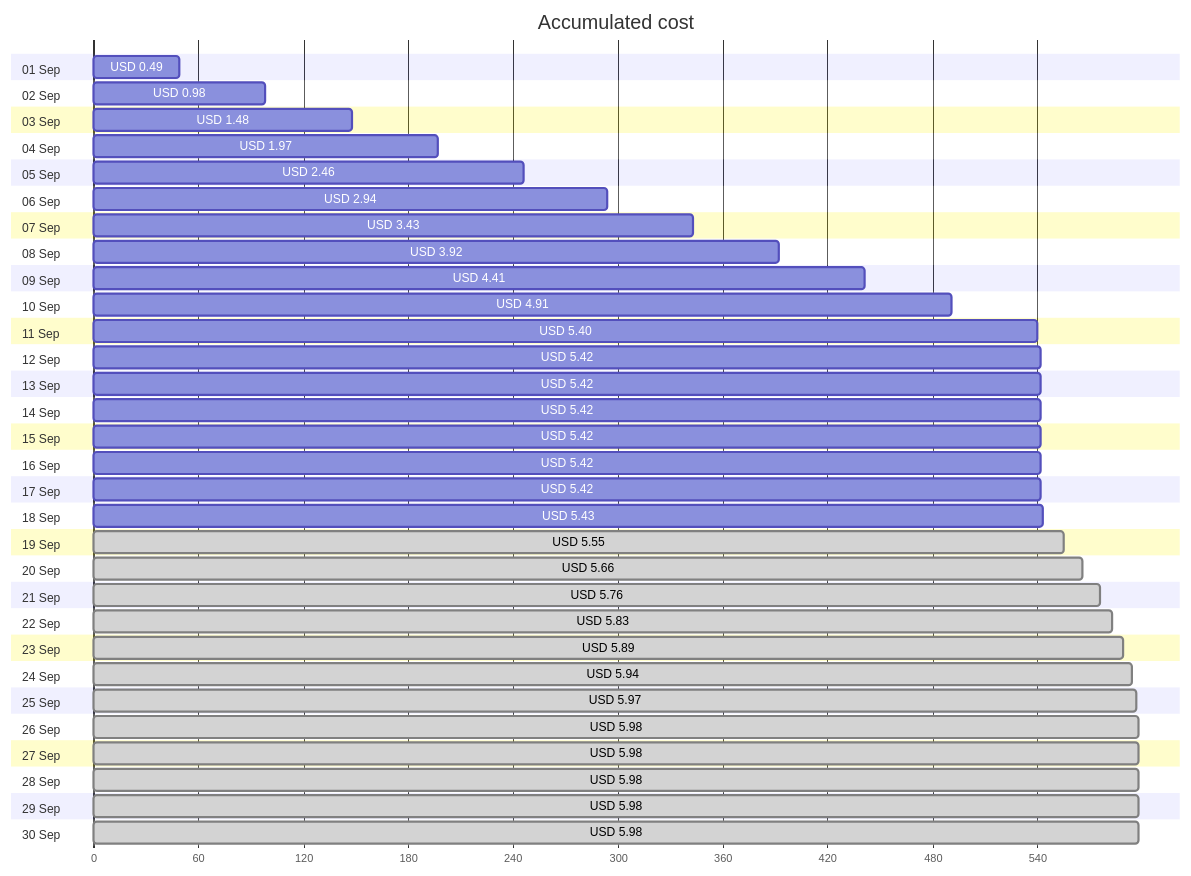
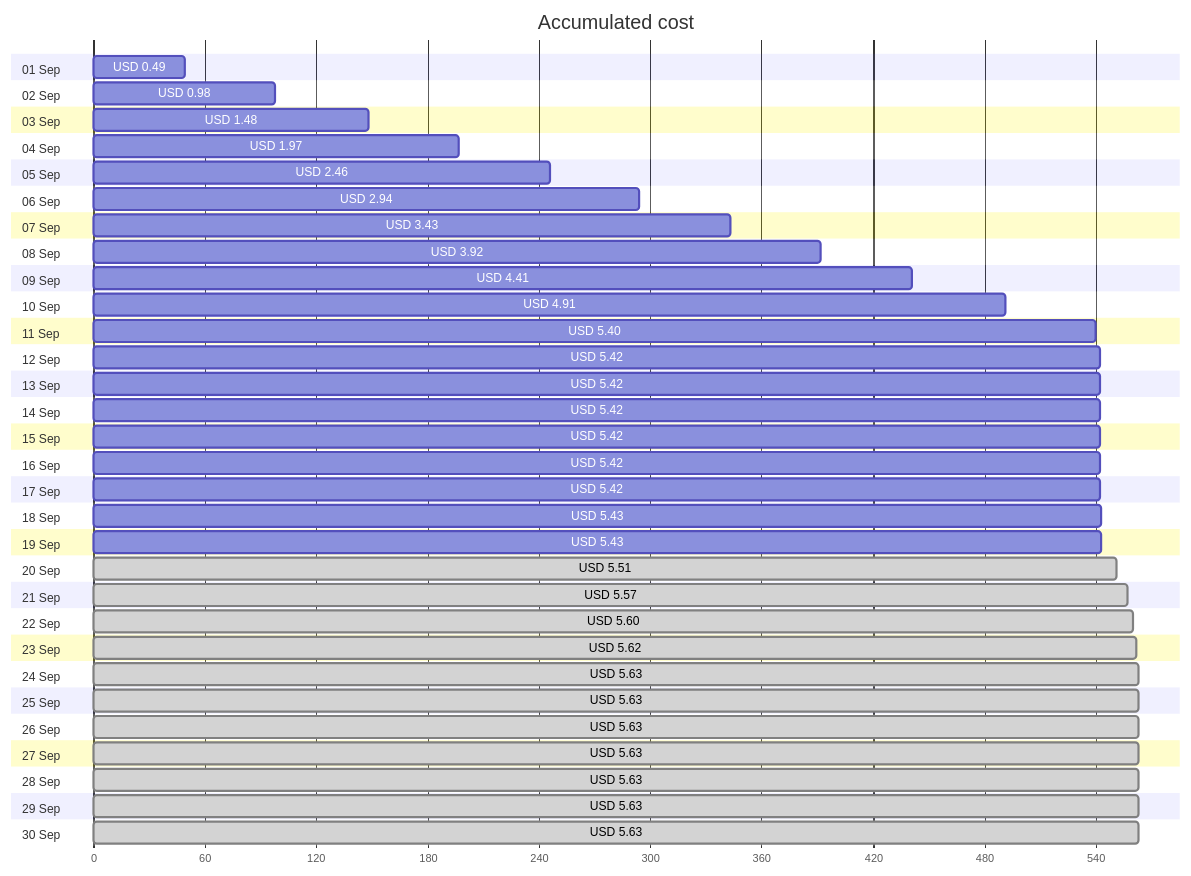
Before and after one commit to jpfulton/azure-personal-reports: the first of 4 diagrams in cost-reports/personal-site/personalsiteapistorage.md, drawn with Mermaid. The commit also changed other lines of this file and 7 other files, not shown here.

````diff
--- a/cost-reports/personal-site/personalsiteapistorage.md
+++ b/cost-reports/personal-site/personalsiteapistorage.md
@@ -20,66 +20,66 @@
 ```mermaid
 gantt
    title Accumulated cost
    dateFormat  X
    axisFormat %s
    section 01 Sep
    USD 0.49 :0, 49
    section 02 Sep
    USD 0.98 :0, 98
    section 03 Sep
    USD 1.48 :0, 148
    section 04 Sep
    USD 1.97 :0, 197
    section 05 Sep
    USD 2.46 :0, 246
    section 06 Sep
    USD 2.94 :0, 294
    section 07 Sep
    USD 3.43 :0, 343
    section 08 Sep
    USD 3.92 :0, 392
    section 09 Sep
    USD 4.41 :0, 441
    section 10 Sep
    USD 4.91 :0, 491
    section 11 Sep
    USD 5.40 :0, 540
    section 12 Sep
    USD 5.42 :0, 542
    section 13 Sep
    USD 5.42 :0, 542
    section 14 Sep
    USD 5.42 :0, 542
    section 15 Sep
    USD 5.42 :0, 542
    section 16 Sep
    USD 5.42 :0, 542
    section 17 Sep
    USD 5.42 :0, 542
    section 18 Sep
    USD 5.43 :0, 543
    section 19 Sep
-   USD 5.55 : done, 0, 555
+   USD 5.43 :0, 543
    section 20 Sep
-   USD 5.66 : done, 0, 566
+   USD 5.51 : done, 0, 551
    section 21 Sep
-   USD 5.76 : done, 0, 576
+   USD 5.57 : done, 0, 557
    section 22 Sep
-   USD 5.83 : done, 0, 583
+   USD 5.60 : done, 0, 560
    section 23 Sep
-   USD 5.89 : done, 0, 589
+   USD 5.62 : done, 0, 562
    section 24 Sep
-   USD 5.94 : done, 0, 594
+   USD 5.63 : done, 0, 563
    section 25 Sep
-   USD 5.97 : done, 0, 597
+   USD 5.63 : done, 0, 563
    section 26 Sep
-   USD 5.98 : done, 0, 598
+   USD 5.63 : done, 0, 563
    section 27 Sep
-   USD 5.98 : done, 0, 598
+   USD 5.63 : done, 0, 563
    section 28 Sep
-   USD 5.98 : done, 0, 598
+   USD 5.63 : done, 0, 563
    section 29 Sep
-   USD 5.98 : done, 0, 598
+   USD 5.63 : done, 0, 563
    section 30 Sep
-   USD 5.98 : done, 0, 598
+   USD 5.63 : done, 0, 563
 ```
````
